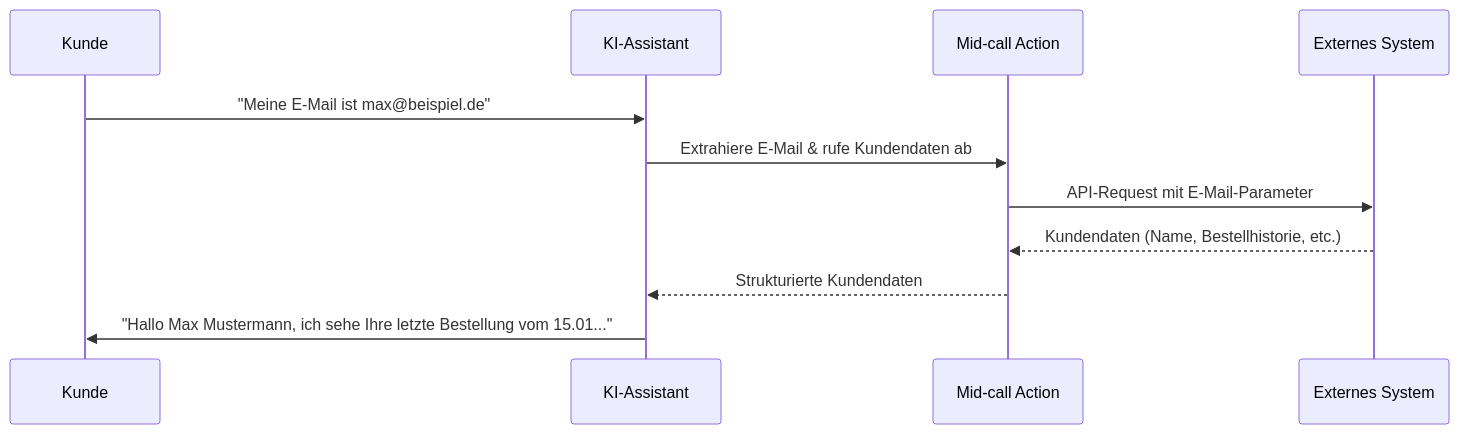
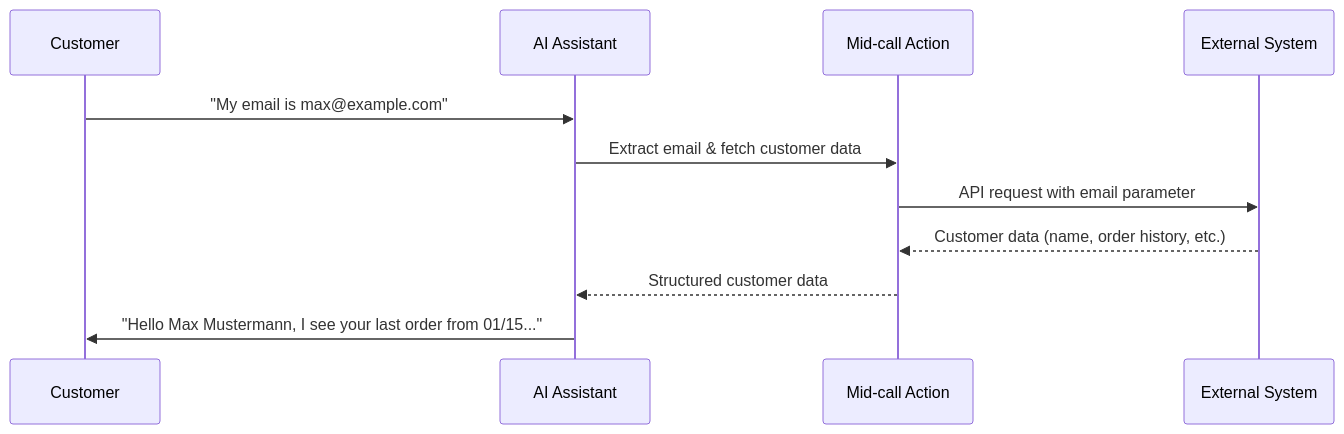
Before and after one commit to bekgroup/Famulor-docs-de: the first of 2 diagrams in en/automation-platform/mid-call-tools/was-sind-mid-call-tools.mdx, drawn with Mermaid. The commit also changed other lines of this file and 23 other files, not shown here.

````diff
--- a/en/automation-platform/mid-call-tools/was-sind-mid-call-tools.mdx
+++ b/en/automation-platform/mid-call-tools/was-sind-mid-call-tools.mdx
@@ -31,14 +31,14 @@
 ```mermaid
 sequenceDiagram
-    participant K as Kunde
-    participant A as KI-Assistant
+    participant K as Customer
+    participant A as AI Assistant
     participant T as Mid-call Action
-    participant S as Externes System
+    participant S as External System
     
-    K->>A: "Meine E-Mail ist max@beispiel.de"
-    A->>T: Extrahiere E-Mail & rufe Kundendaten ab
-    T->>S: API-Request mit E-Mail-Parameter
-    S-->>T: Kundendaten (Name, Bestellhistorie, etc.)
-    T-->>A: Strukturierte Kundendaten
-    A->>K: "Hallo Max Mustermann, ich sehe Ihre letzte Bestellung vom 15.01..."
+    K->>A: "My email is max@example.com"
+    A->>T: Extract email & fetch customer data
+    T->>S: API request with email parameter
+    S-->>T: Customer data (name, order history, etc.)
+    T-->>A: Structured customer data
+    A->>K: "Hello Max Mustermann, I see your last order from 01/15..."
 ```
````
